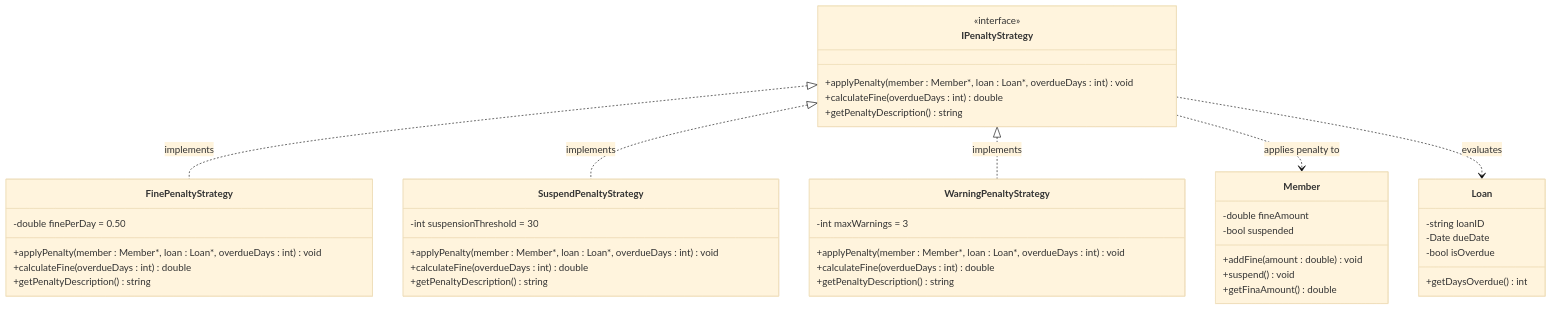
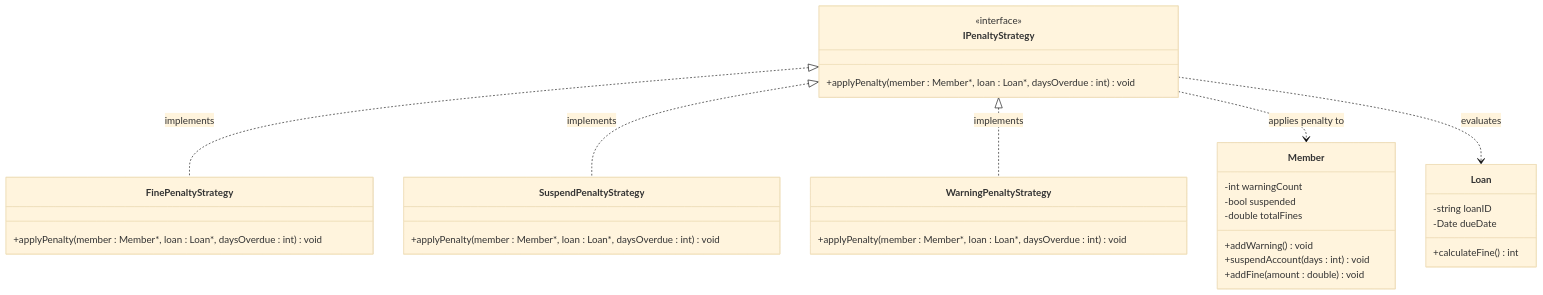
One commit to DankDaPancake/LibraryManagementSystem changed diagram 22 of 28 in docs/report.md. Above: the diagram before and after it, drawn with Mermaid (base theme). The commit also changed other lines of this file, not shown here.

````diff
--- a/docs/report.md
+++ b/docs/report.md
@@ -1810,51 +1687,40 @@
 ```mermaid
 classDiagram
     class IPenaltyStrategy {
         <<interface>>
-        +applyPenalty(member : Member*, loan : Loan*, overdueDays : int) void
-        +calculateFine(overdueDays : int) double
-        +getPenaltyDescription() string
+        +applyPenalty(member : Member*, loan : Loan*, daysOverdue : int) void
     }
     
     class FinePenaltyStrategy {
-        -double finePerDay = 0.50
-        +applyPenalty(member : Member*, loan : Loan*, overdueDays : int) void
-        +calculateFine(overdueDays : int) double
-        +getPenaltyDescription() string
+        +applyPenalty(member : Member*, loan : Loan*, daysOverdue : int) void
     }
     
     class SuspendPenaltyStrategy {
-        -int suspensionThreshold = 30
-        +applyPenalty(member : Member*, loan : Loan*, overdueDays : int) void
-        +calculateFine(overdueDays : int) double
-        +getPenaltyDescription() string
+        +applyPenalty(member : Member*, loan : Loan*, daysOverdue : int) void
     }
     
     class WarningPenaltyStrategy {
-        -int maxWarnings = 3
-        +applyPenalty(member : Member*, loan : Loan*, overdueDays : int) void
-        +calculateFine(overdueDays : int) double
-        +getPenaltyDescription() string
+        +applyPenalty(member : Member*, loan : Loan*, daysOverdue : int) void
     }
     
     class Member {
-        -double fineAmount
+        -int warningCount
         -bool suspended
+        -double totalFines
+        +addWarning() void
+        +suspendAccount(days : int) void
         +addFine(amount : double) void
-        +suspend() void
-        +getFinaAmount() double
     }
     
     class Loan {
         -string loanID
         -Date dueDate
-        -bool isOverdue
-        +getDaysOverdue() int
+        +calculateFine() int
     }
     
     IPenaltyStrategy <|.. FinePenaltyStrategy : implements
     IPenaltyStrategy <|.. SuspendPenaltyStrategy : implements
     IPenaltyStrategy <|.. WarningPenaltyStrategy : implements
     IPenaltyStrategy ..> Member : applies penalty to
     IPenaltyStrategy ..> Loan : evaluates
 ```
````
